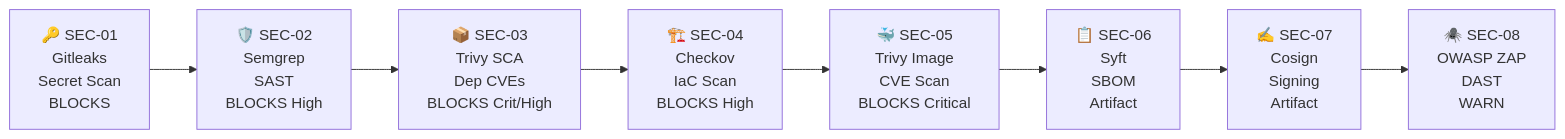
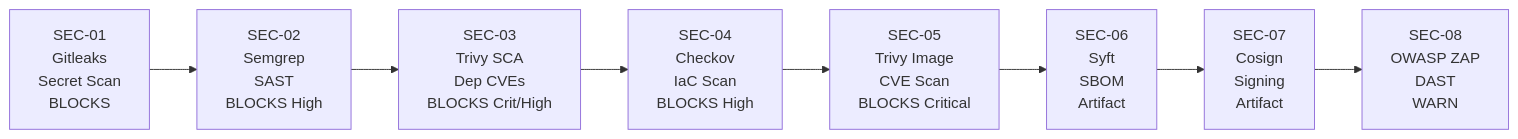
Before and after one commit to Mbitajeff/application-delivery-pipeline: the third of 3 diagrams in README.md, drawn with Mermaid. The commit also changed other lines of this file and 1 other file, not shown here.

Commit message:
docs: remove emojis from Mermaid diagrams

````diff
--- a/README.md
+++ b/README.md
@@ -94,13 +94,13 @@
 ```mermaid
 flowchart LR
-    S1["🔑 SEC-01\nGitleaks\nSecret Scan\nBLOCKS"]
-    S2["🛡️ SEC-02\nSemgrep\nSAST\nBLOCKS High"]
-    S3["📦 SEC-03\nTrivy SCA\nDep CVEs\nBLOCKS Crit/High"]
-    S4["🏗️ SEC-04\nCheckov\nIaC Scan\nBLOCKS High"]
-    S5["🐳 SEC-05\nTrivy Image\nCVE Scan\nBLOCKS Critical"]
-    S6["📋 SEC-06\nSyft\nSBOM\nArtifact"]
-    S7["✍️ SEC-07\nCosign\nSigning\nArtifact"]
-    S8["🕷️ SEC-08\nOWASP ZAP\nDAST\nWARN"]
+    S1["SEC-01\nGitleaks\nSecret Scan\nBLOCKS"]
+    S2["SEC-02\nSemgrep\nSAST\nBLOCKS High"]
+    S3["SEC-03\nTrivy SCA\nDep CVEs\nBLOCKS Crit/High"]
+    S4["SEC-04\nCheckov\nIaC Scan\nBLOCKS High"]
+    S5["SEC-05\nTrivy Image\nCVE Scan\nBLOCKS Critical"]
+    S6["SEC-06\nSyft\nSBOM\nArtifact"]
+    S7["SEC-07\nCosign\nSigning\nArtifact"]
+    S8["SEC-08\nOWASP ZAP\nDAST\nWARN"]
 
     S1 --> S2 --> S3 --> S4 --> S5 --> S6 --> S7 --> S8
 ```
````
